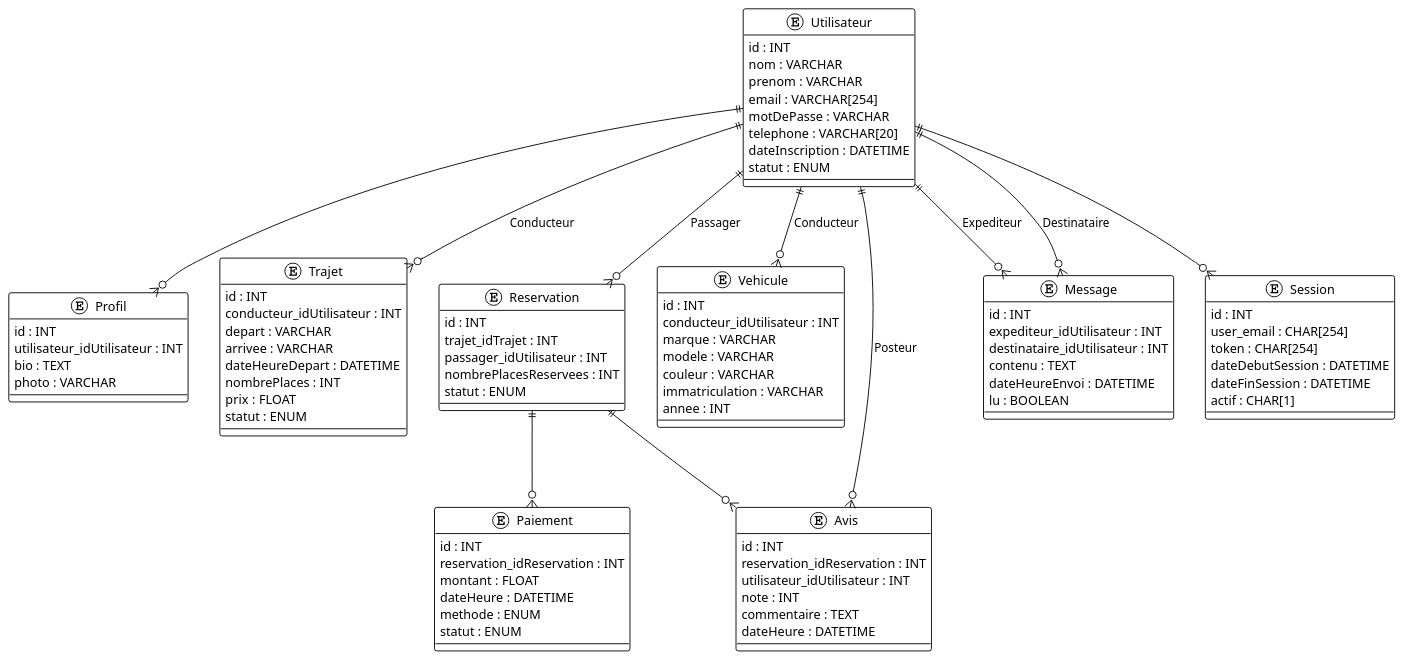
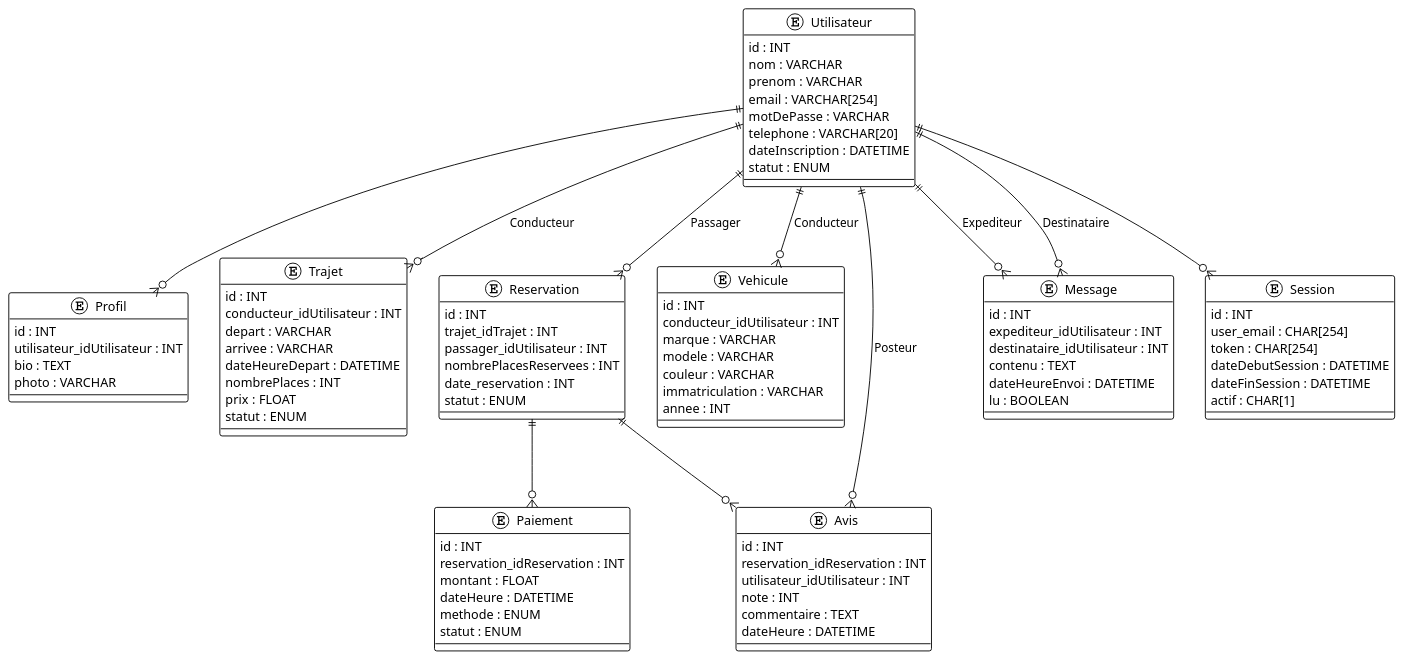
Before and after one commit to siyakoub/BokkoBackAPI: the diagram in SQL/MCD.puml, drawn with PlantUML. The commit also changed 16 other files, not shown here.

```diff
--- a/SQL/MCD.puml
+++ b/SQL/MCD.puml
@@ -1,100 +1,101 @@
 @startuml
 !theme plain
 
 ' Entités
 entity Utilisateur {
     id : INT
     nom : VARCHAR
     prenom : VARCHAR
     email : VARCHAR[254]
     motDePasse : VARCHAR
     telephone : VARCHAR[20]
     dateInscription : DATETIME
     statut : ENUM
 }
 
 entity Profil {
     id : INT
     utilisateur_idUtilisateur : INT
     bio : TEXT
     photo : VARCHAR
 }
 
 entity Trajet {
     id : INT
     conducteur_idUtilisateur : INT
     depart : VARCHAR
     arrivee : VARCHAR
     dateHeureDepart : DATETIME
     nombrePlaces : INT
     prix : FLOAT
     statut : ENUM
 }
 
 entity Reservation {
     id : INT
     trajet_idTrajet : INT
     passager_idUtilisateur : INT
     nombrePlacesReservees : INT
+    date_reservation : INT
     statut : ENUM
 }
 
 entity Vehicule {
     id : INT
     conducteur_idUtilisateur : INT
     marque : VARCHAR
     modele : VARCHAR
     couleur : VARCHAR
     immatriculation : VARCHAR
     annee : INT
 }
 
 entity Paiement {
     id : INT
     reservation_idReservation : INT
     montant : FLOAT
     dateHeure : DATETIME
     methode : ENUM
     statut : ENUM
 }
 
 entity Avis {
     id : INT
     reservation_idReservation : INT
     utilisateur_idUtilisateur : INT
     note : INT
     commentaire : TEXT
     dateHeure : DATETIME
 }
 
 entity Message {
     id : INT
     expediteur_idUtilisateur : INT
     destinataire_idUtilisateur : INT
     contenu : TEXT
     dateHeureEnvoi : DATETIME
     lu : BOOLEAN
 }
 
 entity Session {
     id : INT
     user_email : CHAR[254]
     token : CHAR[254]
     dateDebutSession : DATETIME
     dateFinSession : DATETIME
     actif : CHAR[1]
 }
 
 ' Relations
 Utilisateur ||--o{ Profil : ""
 Utilisateur ||--o{ Trajet : "Conducteur"
 Utilisateur ||--o{ Reservation : "Passager"
 Utilisateur ||--o{ Vehicule : "Conducteur"
 Reservation ||--o{ Paiement : ""
 Reservation ||--o{ Avis : ""
 Utilisateur ||--o{ Avis : "Posteur"
 Utilisateur ||--o{ Message : "Expediteur"
 Utilisateur ||--o{ Message : "Destinataire"
 Utilisateur ||--o{ Session : ""
 
 @enduml
```
